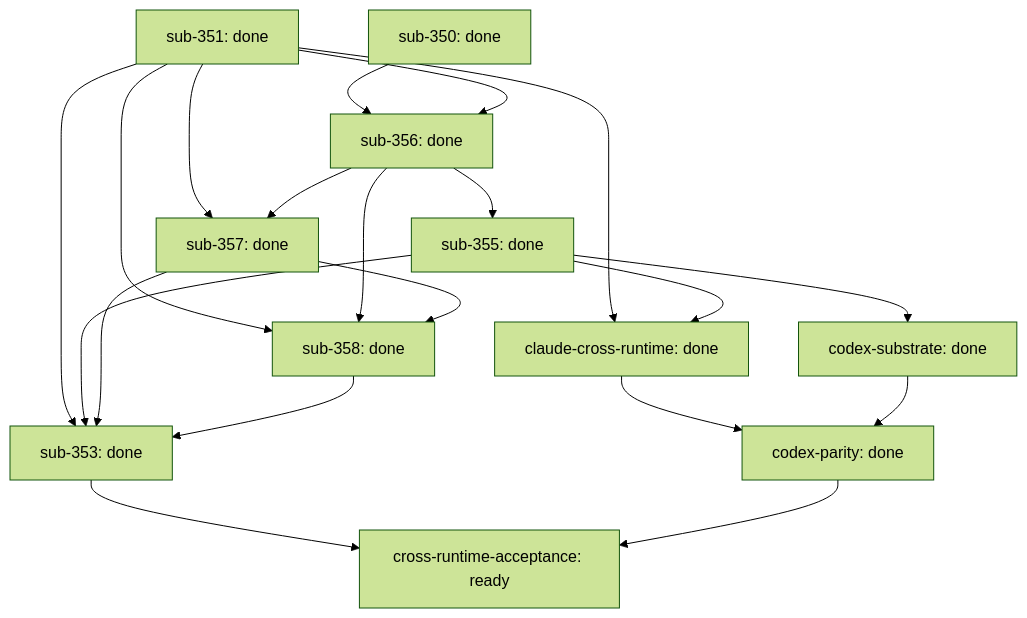
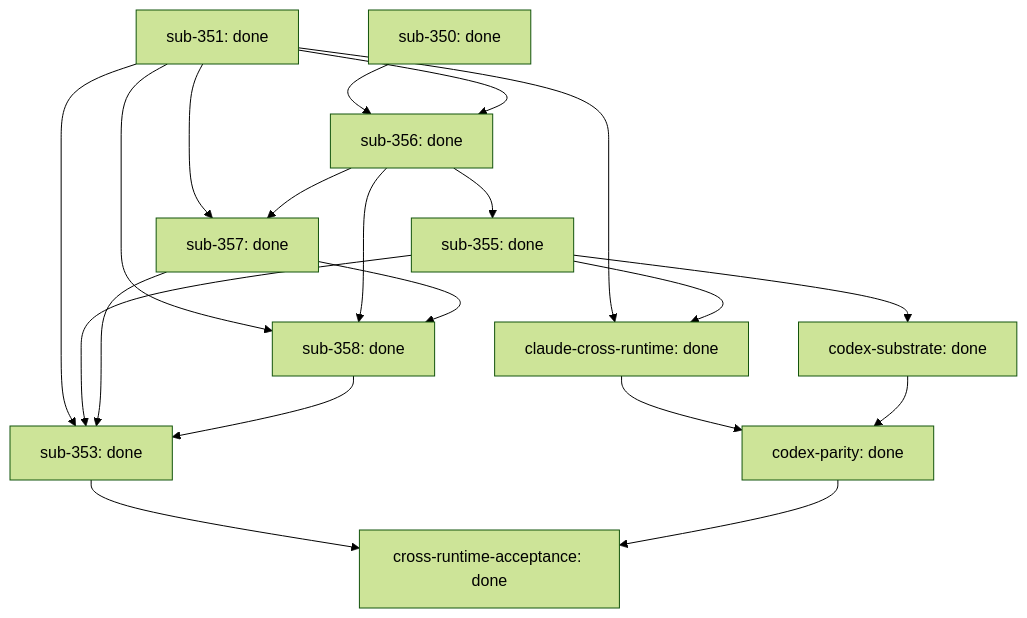
The diagram in docs/outcomes/lease-safe-runtime-continuity/report.md (infiquetra/infiquetra-claude-plugins), drawn with Mermaid (forest theme) before and after one commit. The commit also changed other lines of this file and 7 other files, not shown here.

First line of the commit message:
docs(outcome): harvest cross-runtime-acceptance — outcome complete 11/11

````diff
--- a/docs/outcomes/lease-safe-runtime-continuity/report.md
+++ b/docs/outcomes/lease-safe-runtime-continuity/report.md
@@ -7,33 +7,33 @@
 ```mermaid
 flowchart TD
     sub-350["sub-350: done"]
     sub-351["sub-351: done"]
     sub-356["sub-356: done"]
     sub-355["sub-355: done"]
     sub-357["sub-357: done"]
     sub-358["sub-358: done"]
     claude-cross-runtime["claude-cross-runtime: done"]
     sub-353["sub-353: done"]
     codex-substrate["codex-substrate: done"]
     codex-parity["codex-parity: done"]
-    cross-runtime-acceptance["cross-runtime-acceptance: ready"]
+    cross-runtime-acceptance["cross-runtime-acceptance: done"]
     sub-350 --> sub-356
     sub-351 --> sub-356
     sub-356 --> sub-355
     sub-351 --> sub-357
     sub-356 --> sub-357
     sub-351 --> sub-358
     sub-356 --> sub-358
     sub-357 --> sub-358
     sub-351 --> claude-cross-runtime
     sub-355 --> claude-cross-runtime
     sub-351 --> sub-353
     sub-355 --> sub-353
     sub-357 --> sub-353
     sub-358 --> sub-353
     sub-355 --> codex-substrate
     claude-cross-runtime --> codex-parity
     codex-substrate --> codex-parity
     sub-353 --> cross-runtime-acceptance
     codex-parity --> cross-runtime-acceptance
 ```
````
